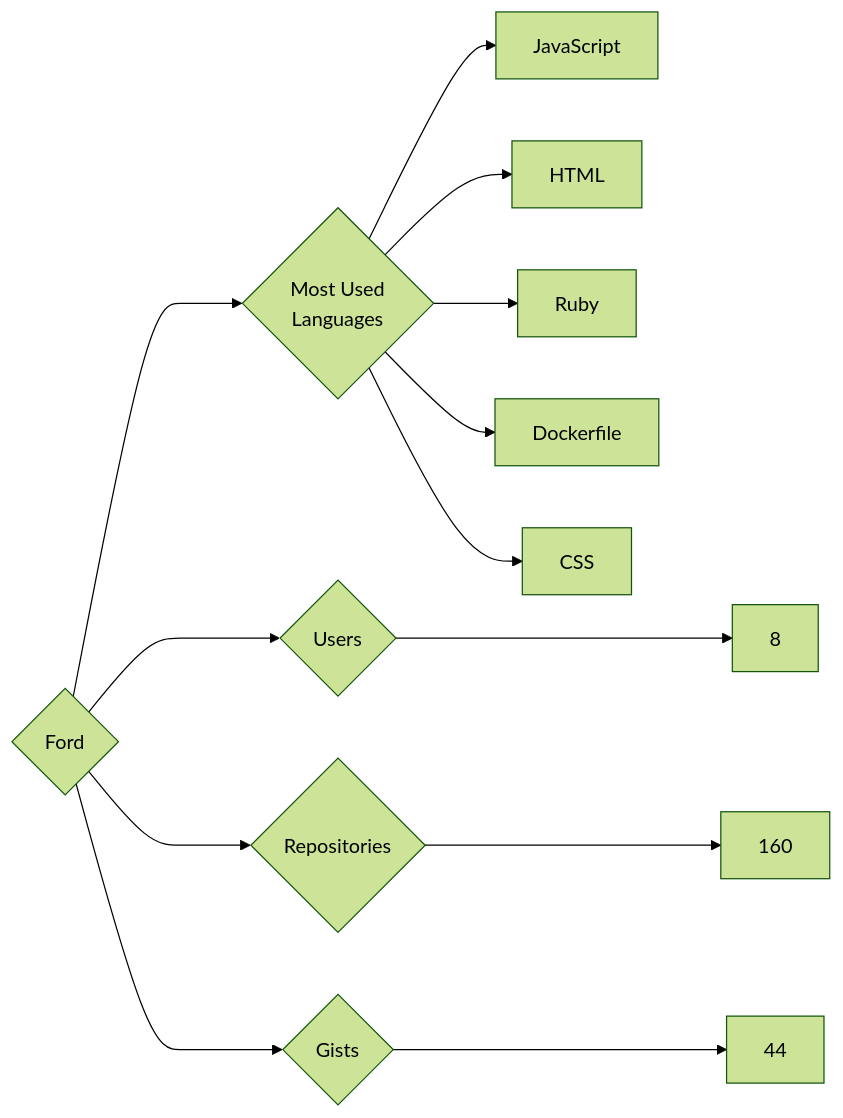
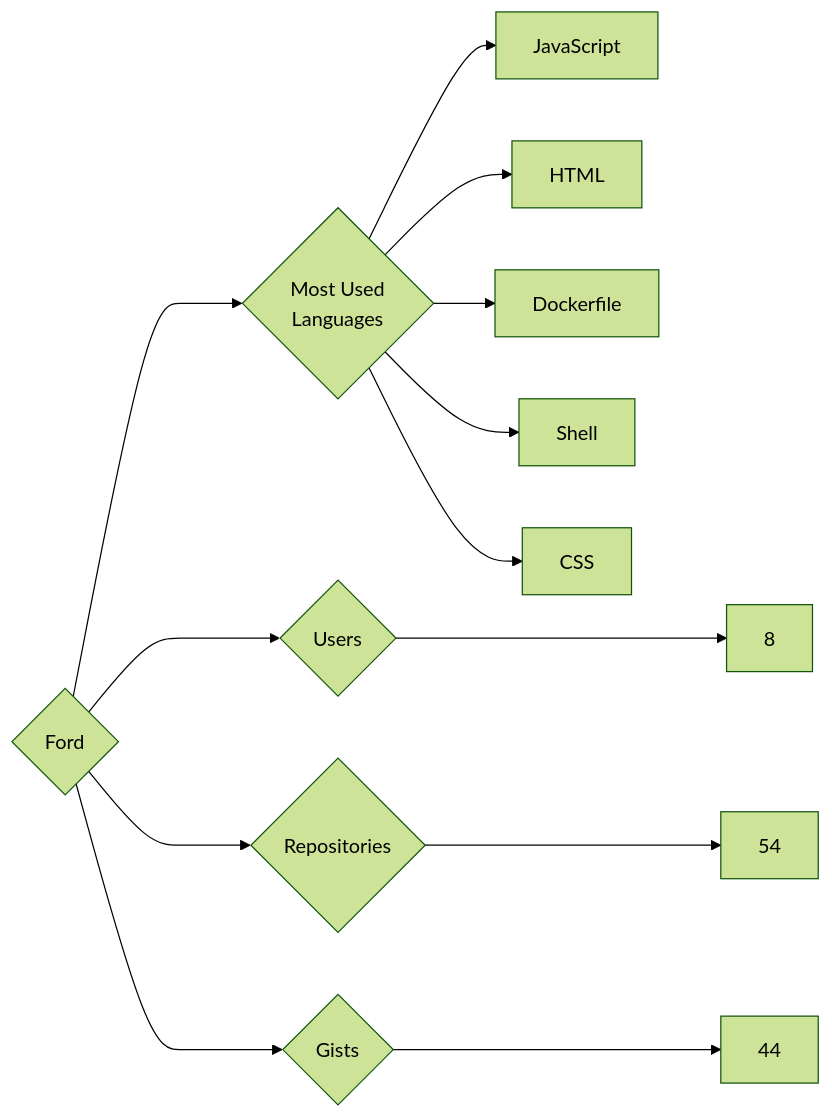
Before and after one commit to trickest/insiders: the diagram in targets/Ford/README.md, drawn with Mermaid (forest theme). The commit also changed 1078 other files, not shown here.

````diff
--- a/targets/Ford/README.md
+++ b/targets/Ford/README.md
@@ -3,13 +3,13 @@
 ```mermaid
 graph LR
 COMPANY_NAME{Ford}
 COMPANY_NAME ---> U{Users} ---> UN[8]
-COMPANY_NAME ---> R{Repositories} ---> RN[160]
+COMPANY_NAME ---> R{Repositories} ---> RN[54]
 COMPANY_NAME ---> G{Gists} ---> GN[44]
 COMPANY_NAME ---> ML{Most Used<br>Languages}
 ML --> JavaScript[JavaScript]
 ML --> HTML[HTML]
-ML --> Ruby[Ruby]
 ML --> Dockerfile[Dockerfile]
+ML --> Shell[Shell]
 ML --> CSS[CSS]
 ```
````
